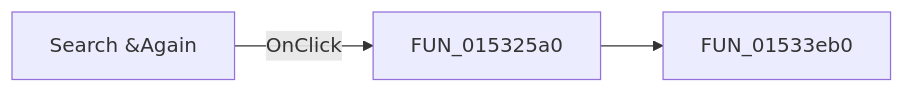
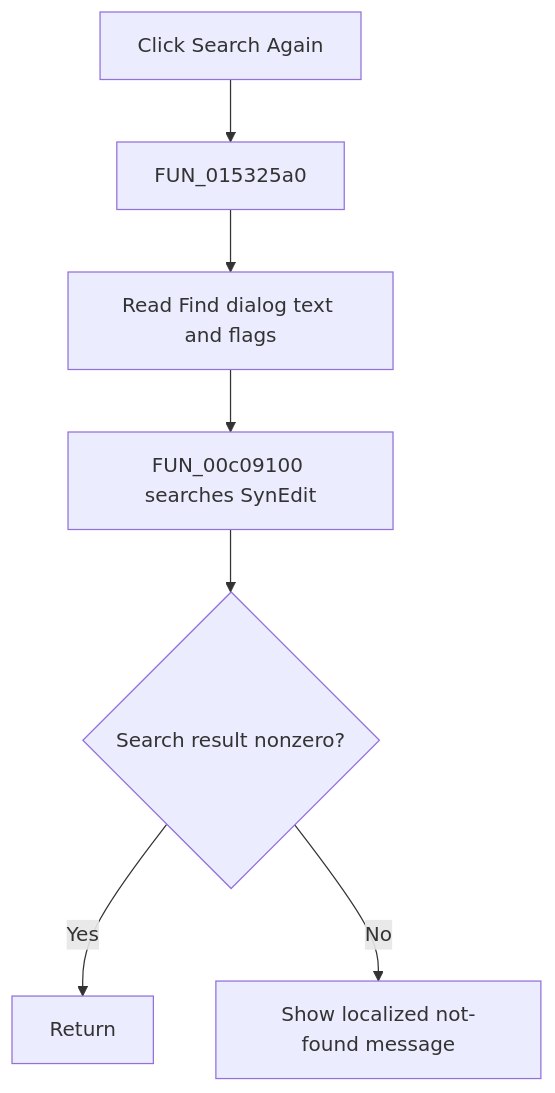
Before and after one commit to MovGP0/TIARA: the diagram in docs/ui-controls/netlisteditor/misearchagain-50df13756e.md, drawn with Mermaid. The commit also changed other lines of this file and 1062 other files, not shown here.

````diff
--- a/docs/ui-controls/netlisteditor/misearchagain-50df13756e.md
+++ b/docs/ui-controls/netlisteditor/misearchagain-50df13756e.md
@@ -27,5 +29,9 @@
 ```mermaid
-flowchart LR
-    control["Search &Again"] -->|OnClick| handler["FUN_015325a0"]
-    handler --> call1["FUN_01533eb0"]
+flowchart TD
+    control["Click Search Again"] --> handler["FUN_015325a0"]
+    handler --> options["Read Find dialog text and flags"]
+    options --> search["FUN_00c09100 searches SynEdit"]
+    search --> found{"Search result nonzero?"}
+    found -->|Yes| done["Return"]
+    found -->|No| message["Show localized not-found message"]
 ```
````
